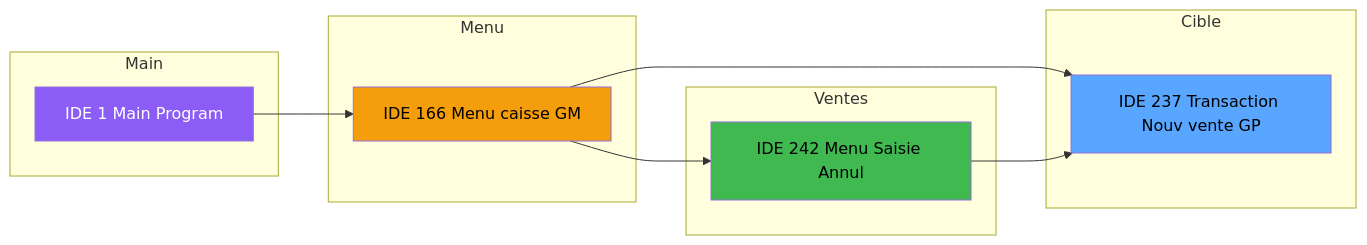
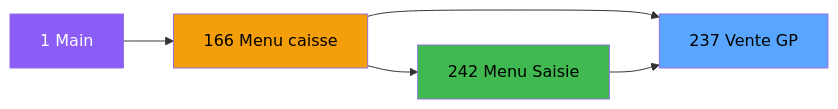
One commit to thonyAGP/lecteur-magic changed the second of 2 diagrams in .openspec/specs/ADH-IDE-237.md. Above: the diagram before and after it, drawn with Mermaid. The commit also changed other lines of this file and 1 other file, not shown here.

First line of the commit message:
fix(specs): ultra-simplify Mermaid syntax for rendering

````diff
--- a/.openspec/specs/ADH-IDE-237.md
+++ b/.openspec/specs/ADH-IDE-237.md
@@ -201,25 +189,17 @@
 ```mermaid
 graph LR
-    subgraph Main
-        M[IDE 1 Main Program]
-    end
-    subgraph Menu
-        M166[IDE 166 Menu caisse GM]
-    end
-    subgraph Ventes
-        M242[IDE 242 Menu Saisie Annul]
-    end
-    subgraph Cible
-        T[IDE 237 Transaction Nouv vente GP]
-    end
+    M[1 Main]
+    M166[166 Menu caisse]
+    M242[242 Menu Saisie]
+    T[237 Vente GP]
 
     M --> M166
     M166 --> T
     M166 --> M242
     M242 --> T
 
     style M fill:#8b5cf6,color:#fff
     style M166 fill:#f59e0b,color:#000
     style M242 fill:#3fb950,color:#000
     style T fill:#58a6ff,color:#000
 ```
````
